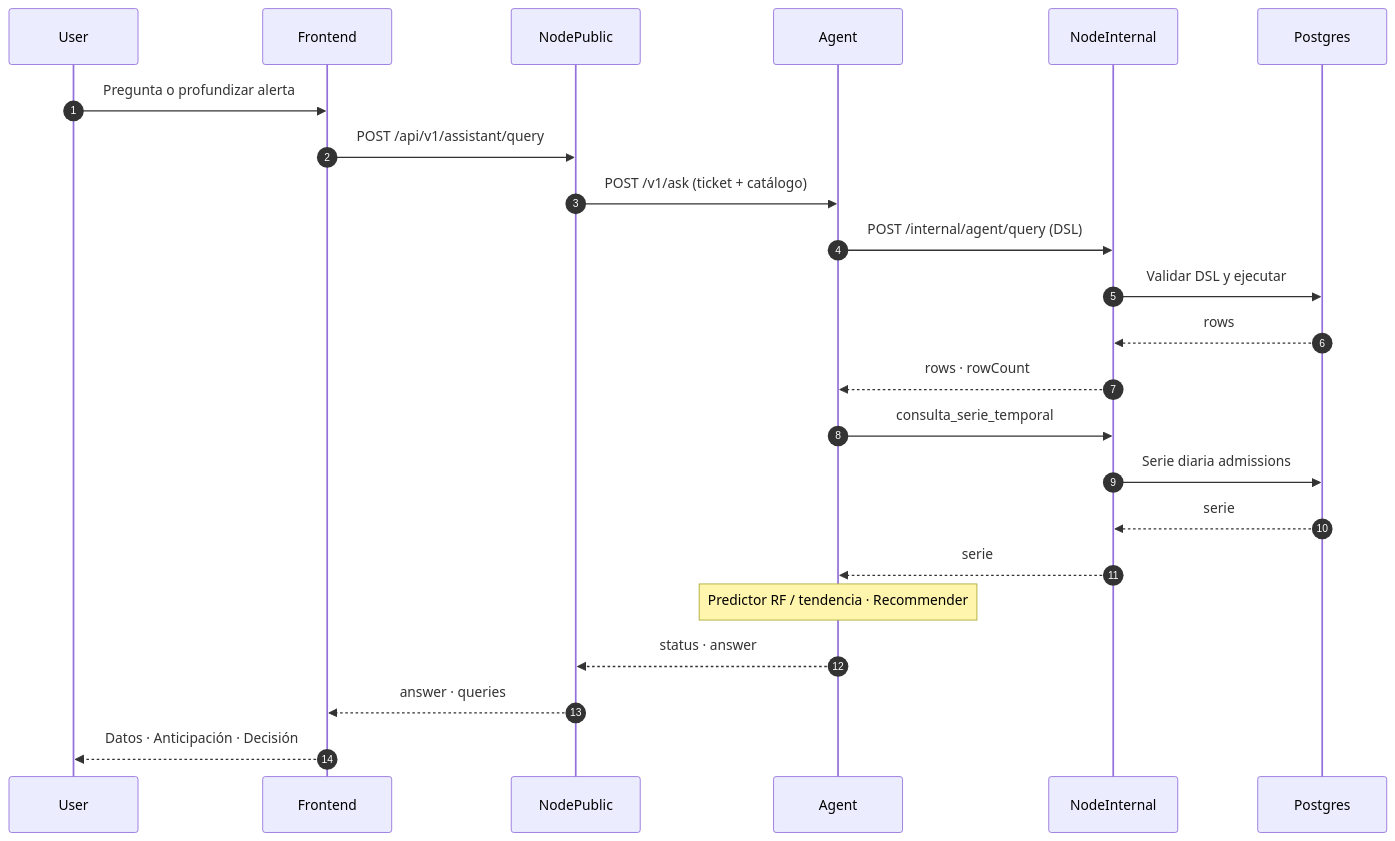
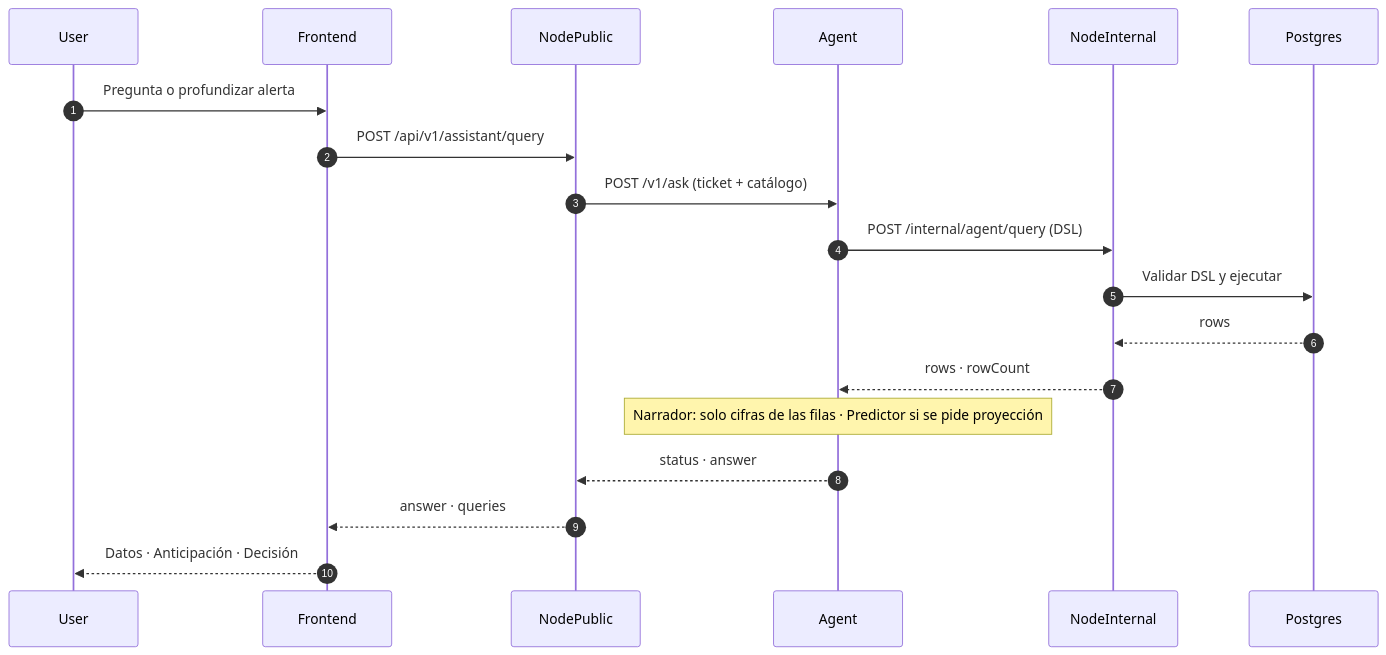
The second of 2 diagrams in README.md (jainerchocue/Susana-AI), drawn with Mermaid before and after one commit. The commit also changed other lines of this file and 72 other files, not shown here.

````diff
--- a/README.md
+++ b/README.md
@@ -88,26 +88,22 @@
 ```mermaid
 sequenceDiagram
     autonumber
     participant User
     participant Frontend
     participant NodePublic
     participant Agent
     participant NodeInternal
     participant Postgres
 
     User->>Frontend: Pregunta o profundizar alerta
     Frontend->>NodePublic: POST /api/v1/assistant/query
     NodePublic->>Agent: POST /v1/ask (ticket + catálogo)
     Agent->>NodeInternal: POST /internal/agent/query (DSL)
     NodeInternal->>Postgres: Validar DSL y ejecutar
     Postgres-->>NodeInternal: rows
     NodeInternal-->>Agent: rows · rowCount
-    Agent->>NodeInternal: consulta_serie_temporal
-    NodeInternal->>Postgres: Serie diaria admissions
-    Postgres-->>NodeInternal: serie
-    NodeInternal-->>Agent: serie
-    Note over Agent: Predictor RF / tendencia · Recommender
+    Note over Agent: Narrador: solo cifras de las filas · Predictor si se pide proyección
     Agent-->>NodePublic: status · answer
     NodePublic-->>Frontend: answer · queries
     Frontend-->>User: Datos · Anticipación · Decisión
 ```
````
